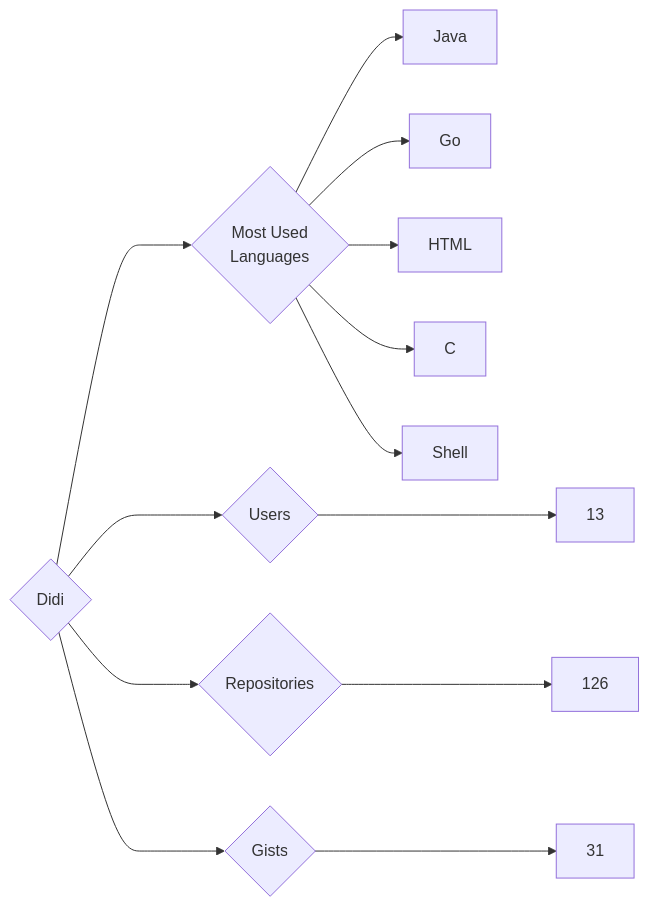
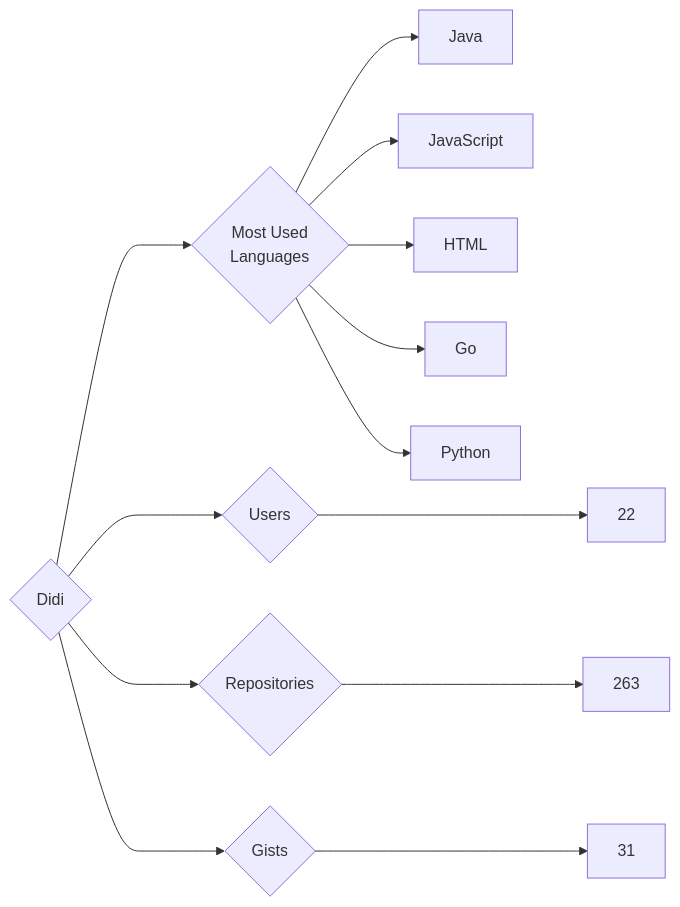
Before and after one commit to trickest/insiders: the diagram in targets/Didi/README.md, drawn with Mermaid. The commit also changed 888 other files, not shown here.

````diff
--- a/targets/Didi/README.md
+++ b/targets/Didi/README.md
@@ -3,13 +3,13 @@
 ```mermaid
 graph LR
 COMPANY_NAME{Didi}
-COMPANY_NAME ---> U{Users} ---> UN[13]
-COMPANY_NAME ---> R{Repositories} ---> RN[126]
+COMPANY_NAME ---> U{Users} ---> UN[22]
+COMPANY_NAME ---> R{Repositories} ---> RN[263]
 COMPANY_NAME ---> G{Gists} ---> GN[31]
 COMPANY_NAME ---> ML{Most Used<br>Languages}
 ML --> Java[Java]
+ML --> JavaScript[JavaScript]
+ML --> HTML[HTML]
 ML --> Go[Go]
-ML --> HTML[HTML]
-ML --> C[C]
-ML --> Shell[Shell]
+ML --> Python[Python]
 ```
````
